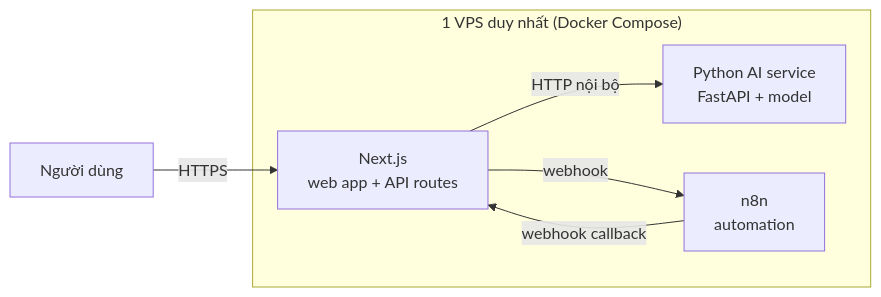
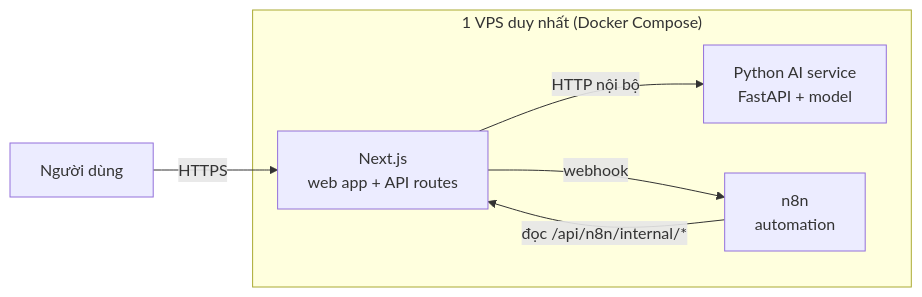
Before and after one commit to ANSER-Logistics/ANSER-logistics-body: the diagram in docs/architecture/STACK_DECISIONS.md, drawn with Mermaid. The commit also changed other lines of this file and 8 other files, not shown here.

````diff
--- a/docs/architecture/STACK_DECISIONS.md
+++ b/docs/architecture/STACK_DECISIONS.md
@@ -142,12 +122,12 @@
 ```mermaid
 flowchart LR
     U[Người dùng] -->|HTTPS| NX[Next.js<br/>web app + API routes]
     subgraph VPS["1 VPS duy nhất (Docker Compose)"]
         NX
         AI[Python AI service<br/>FastAPI + model]
         N8N[n8n<br/>automation]
     end
     NX -->|HTTP nội bộ| AI
     NX -->|webhook| N8N
-    N8N -->|webhook callback| NX
+    N8N -->|đọc /api/n8n/internal/*| NX
 ```
````
